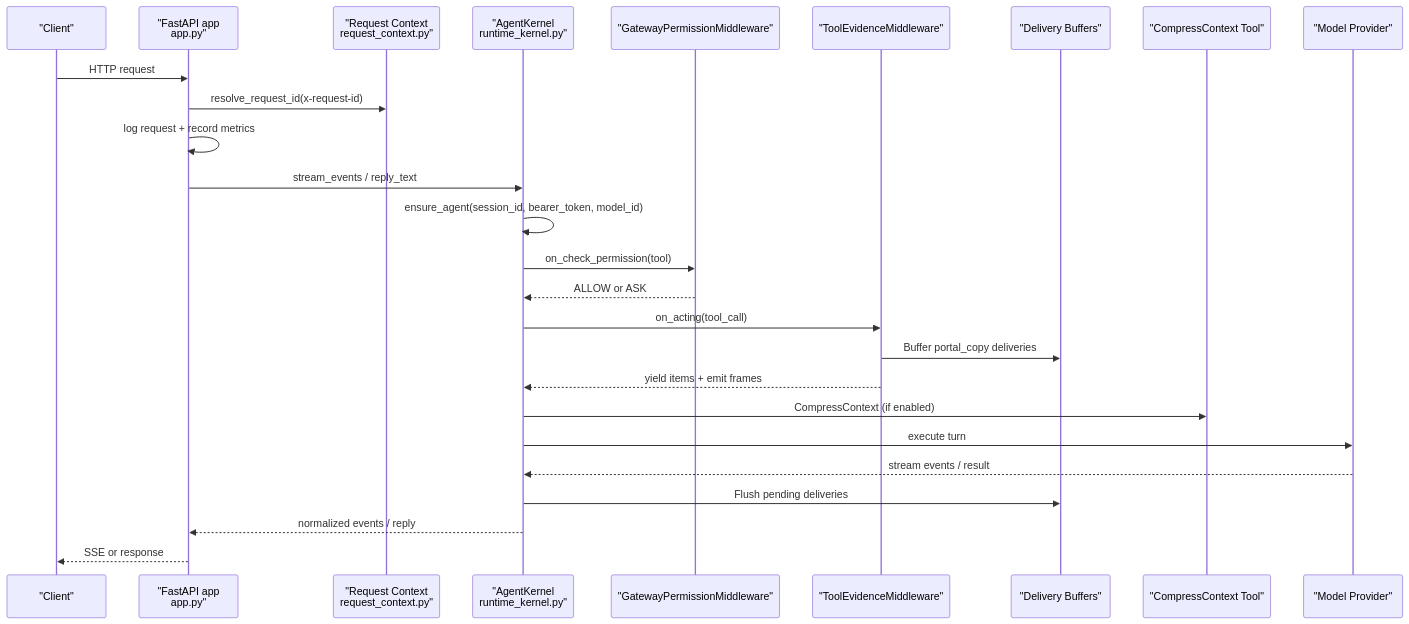
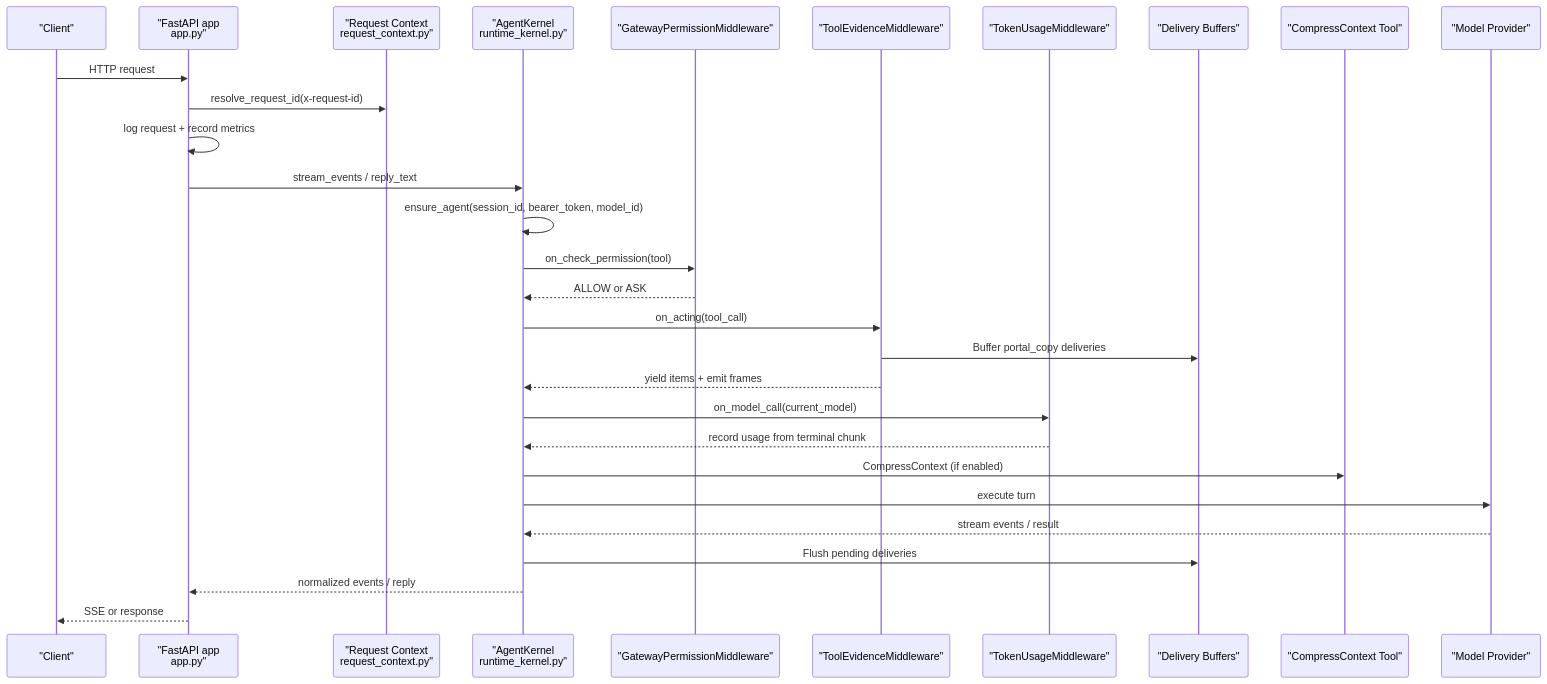
Before and after one commit to alainlei/luban-aiops: the second of 11 diagrams in .qoder/repowiki/en/content/Core Services/Agent Platform/Runtime Kernel and Middleware.md, drawn with Mermaid. The commit also changed other lines of this file and 199 other files, not shown here.

````diff
--- a/.qoder/repowiki/en/content/Core Services/Agent Platform/Runtime Kernel and Middleware.md
+++ b/.qoder/repowiki/en/content/Core Services/Agent Platform/Runtime Kernel and Middleware.md
@@ -116,28 +120,31 @@
 ```mermaid
 sequenceDiagram
 participant Client as "Client"
 participant App as "FastAPI app<br/>app.py"
 participant RC as "Request Context<br/>request_context.py"
 participant Kernel as "AgentKernel<br/>runtime_kernel.py"
 participant Perm as "GatewayPermissionMiddleware"
 participant Evidence as "ToolEvidenceMiddleware"
+participant Token as "TokenUsageMiddleware"
 participant Buf as "Delivery Buffers"
 participant Comp as "CompressContext Tool"
 participant Provider as "Model Provider"
 Client->>App : HTTP request
 App->>RC : resolve_request_id(x-request-id)
 App->>App : log request + record metrics
 App->>Kernel : stream_events / reply_text
 Kernel->>Kernel : ensure_agent(session_id, bearer_token, model_id)
 Kernel->>Perm : on_check_permission(tool)
 Perm-->>Kernel : ALLOW or ASK
 Kernel->>Evidence : on_acting(tool_call)
 Evidence->>Buf : Buffer portal_copy deliveries
 Evidence-->>Kernel : yield items + emit frames
+Kernel->>Token : on_model_call(current_model)
+Token-->>Kernel : record usage from terminal chunk
 Kernel->>Comp : CompressContext (if enabled)
 Kernel->>Provider : execute turn
 Provider-->>Kernel : stream events / result
 Kernel->>Buf : Flush pending deliveries
 Kernel-->>App : normalized events / reply
 App-->>Client : SSE or response
 ```
````
